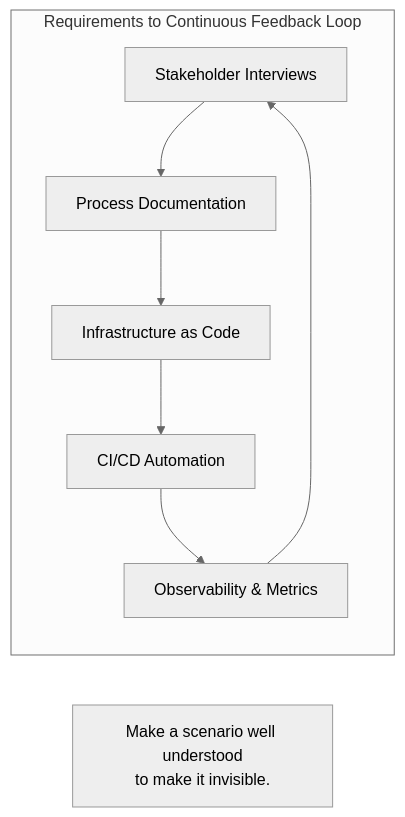
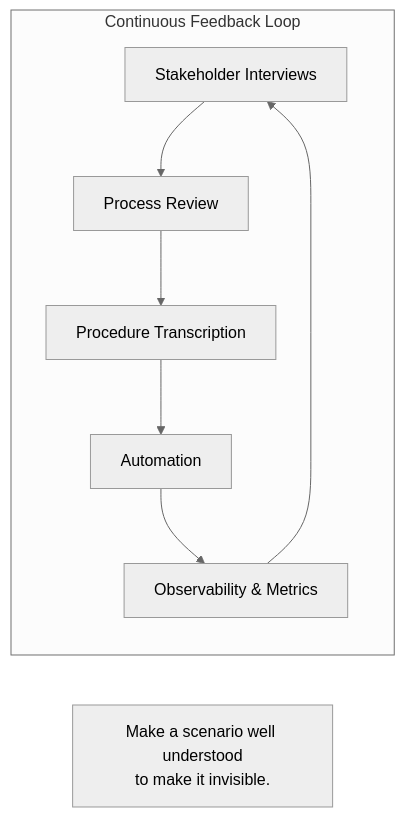
The second of 2 diagrams in README.md (norzach/portfolio), drawn with Mermaid (neutral theme) before and after one commit. The commit also changed other lines of this file, not shown here.

````diff
--- a/README.md
+++ b/README.md
@@ -54,18 +54,18 @@
 ```mermaid
 graph LR
-    A[Stakeholder Interviews] --> B[Process Documentation]
-    B --> C[Infrastructure as Code]
-    C --> D[CI/CD Automation]
+    A[Stakeholder Interviews] --> B[Process Review]
+    B --> C[Procedure Transcription]
+    C --> D[Automation]
     D --> E[Observability & Metrics]
     E --> A
     
-    subgraph "Requirements to Continuous Feedback Loop"
+    subgraph "Continuous Feedback Loop"
         A
         B
         C
         D
         E
     end
     
     F["Make a scenario well understood<br/>to make it invisible.<br/>"]
 ```
````
